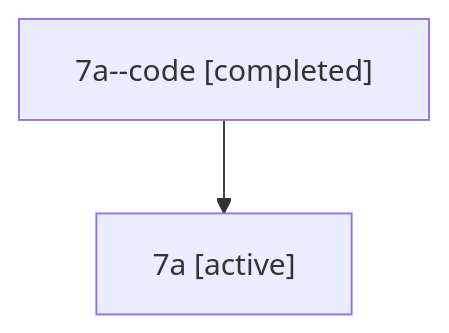
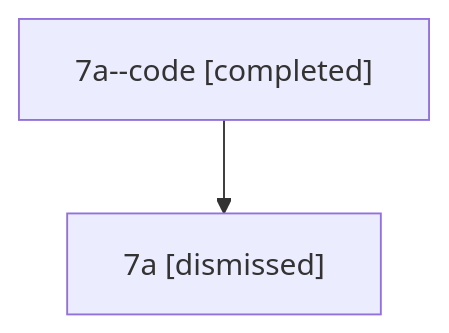
One commit to sase-org/sase--agents changed the diagram in sessions/bbugyi200.athena.7a.md. Above: the diagram before and after it, drawn with Mermaid. The commit also changed other lines of this file and 26 other files, not shown here.

````diff
--- a/sessions/bbugyi200.athena.7a.md
+++ b/sessions/bbugyi200.athena.7a.md
@@ -9,6 +9,6 @@
 ```mermaid
 flowchart TD
   n0["7a--code [completed]"]
-  n1["7a [active]"]
+  n1["7a [dismissed]"]
   n0 --> n1
 ```
````
